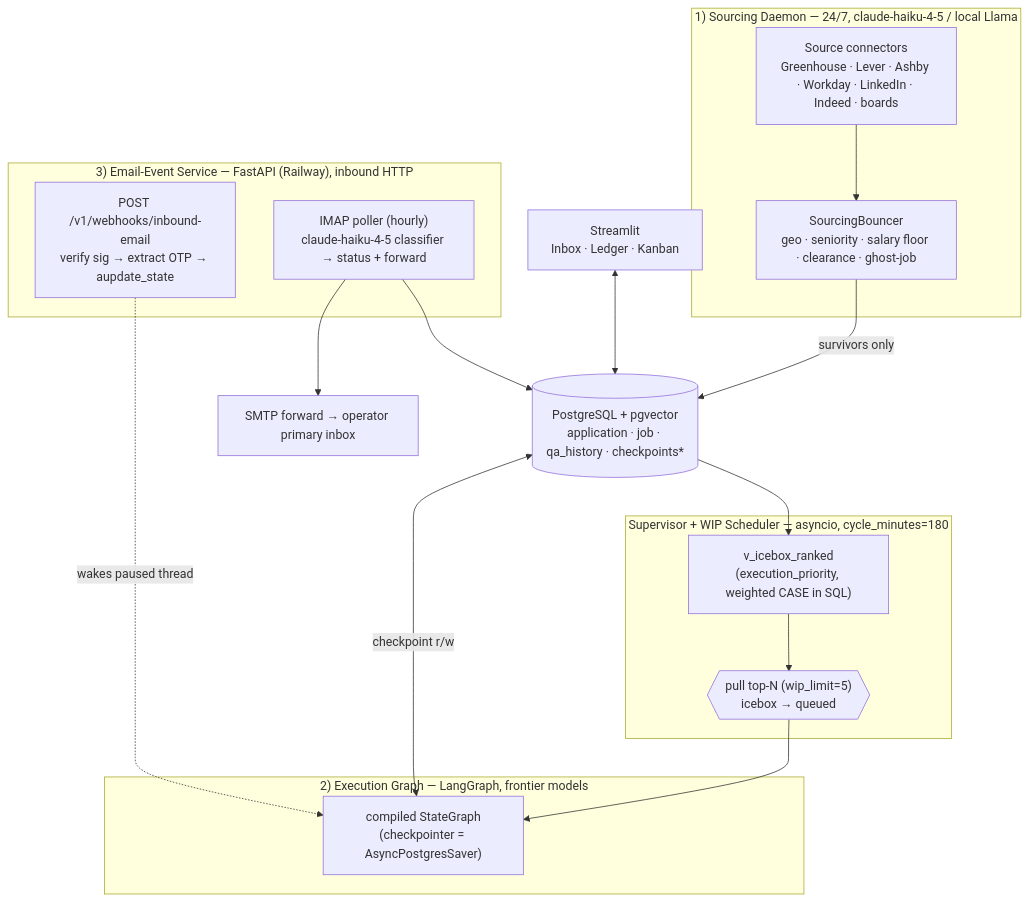
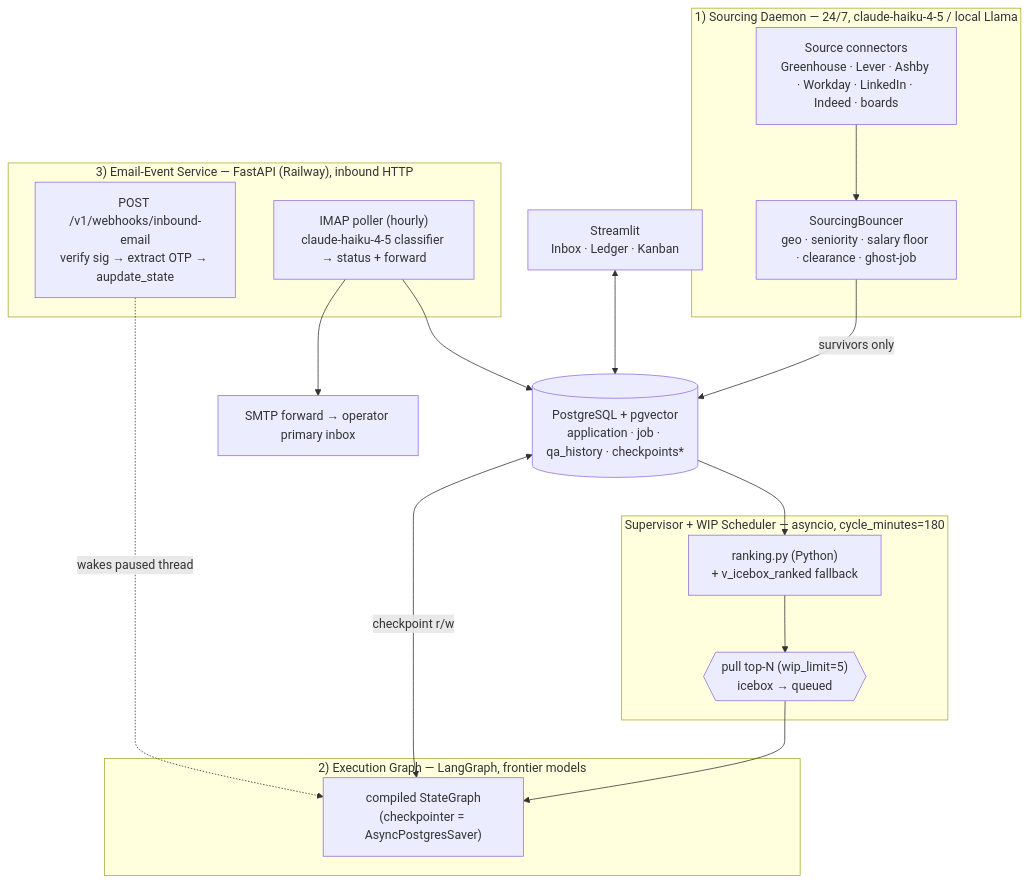
Before and after one commit to kristenmartino/aeroapply: the first of 3 diagrams in docs/ARCHITECTURE.md, drawn with Mermaid. The commit also changed other lines of this file and 25 other files, not shown here.

First line of the commit message:
Hardening: public-safe docs, router deps, Python ranking, profile-driven gate, CI DB integration (#79)

````diff
--- a/docs/ARCHITECTURE.md
+++ b/docs/ARCHITECTURE.md
@@ -17,31 +17,31 @@
 ```mermaid
 flowchart TB
   subgraph SRC["1) Sourcing Daemon — 24/7, claude-haiku-4-5 / local Llama"]
     CONN["Source connectors\nGreenhouse · Lever · Ashby · Workday · LinkedIn · Indeed · boards"]
     BNC["SourcingBouncer\ngeo · seniority · salary floor · clearance · ghost-job"]
     CONN --> BNC
   end
   subgraph SCHED["Supervisor + WIP Scheduler — asyncio, cycle_minutes=180"]
-    RANK["v_icebox_ranked\n(execution_priority, weighted CASE in SQL)"]
+    RANK["ranking.py (Python)\n+ v_icebox_ranked fallback"]
     SUP{{"pull top-N (wip_limit=5)\nicebox → queued"}}
     RANK --> SUP
   end
   subgraph EXG["2) Execution Graph — LangGraph, frontier models"]
     GRAPH["compiled StateGraph\n(checkpointer = AsyncPostgresSaver)"]
   end
   subgraph EML["3) Email-Event Service — FastAPI (Railway), inbound HTTP"]
     WH["POST /v1/webhooks/inbound-email\nverify sig → extract OTP → aupdate_state"]
     POLL["IMAP poller (hourly)\nclaude-haiku-4-5 classifier → status + forward"]
   end
   UI["Streamlit\nInbox · Ledger · Kanban"]
   PG[("PostgreSQL + pgvector\napplication · job · qa_history · checkpoints*")]
 
   BNC -->|survivors only| PG
   PG --> RANK
   SUP --> GRAPH
   GRAPH <-->|checkpoint r/w| PG
   WH -. wakes paused thread .-> GRAPH
   POLL --> PG
   POLL --> FWD["SMTP forward → operator primary inbox"]
   UI <--> PG
 ```
````
